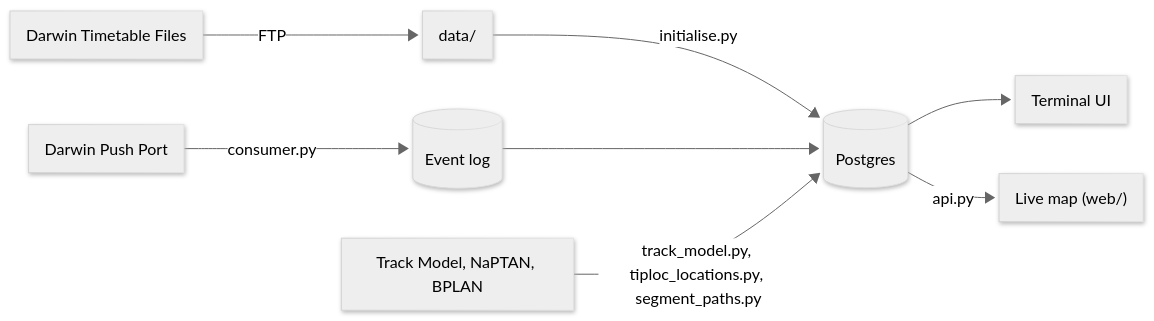
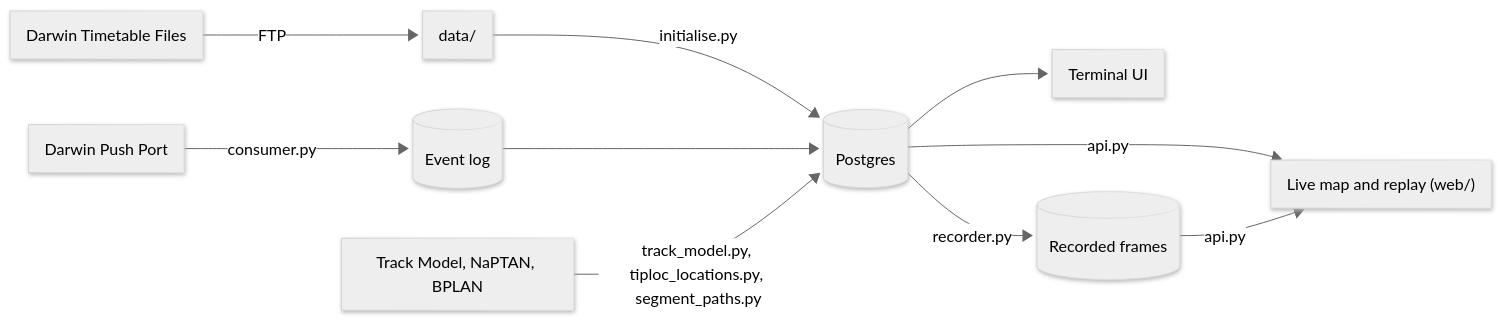
Before and after one commit to james-uea/TrainTrack: the diagram in README.md, drawn with Mermaid. The commit also changed other lines of this file and 7 other files, not shown here.

````diff
--- a/README.md
+++ b/README.md
@@ -7,19 +7,21 @@
 ```mermaid
 ---
 config:
   layout: fixed
   theme: neutral
   look: neo
   fontFamily: '''Source Code Pro Variable'', monospace'
   themeVariables:
     fontFamily: '''Source Code Pro Variable'', monospace'
 ---
 flowchart LR
     TT["Darwin Timetable Files"] -- FTP --> DATA["data/"]
     DATA -- "initialise.py" --> DB[("Postgres")]
     PP["Darwin Push Port"] -- "consumer.py" --> EV[("Event log")]
     EV --> DB
     TM["Track Model, NaPTAN, BPLAN"] -- "track_model.py, tiploc_locations.py, segment_paths.py" --> DB
     DB --> TUI["Terminal UI"]
-    DB -- "api.py" --> MAP["Live map (web/)"]
+    DB -- "recorder.py" --> FR[("Recorded frames")]
+    DB -- "api.py" --> MAP["Live map and replay (web/)"]
+    FR -- "api.py" --> MAP
 ```
````
